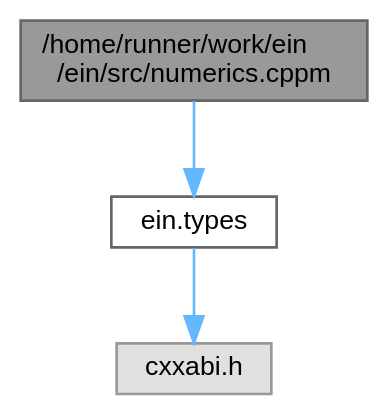
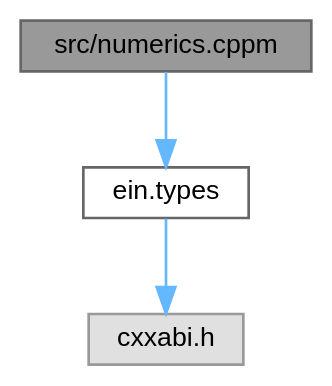
One commit to ekmett/ein changed the diagram in dd/d13/numerics_8cppm__incl.dot. Above: the diagram before and after it, drawn with Graphviz. The commit also changed 79 other files, not shown here.

```diff
--- a/dd/d13/numerics_8cppm__incl.dot
+++ b/dd/d13/numerics_8cppm__incl.dot
@@ -1,12 +1,12 @@
-digraph "/home/runner/work/ein/ein/src/numerics.cppm"
+digraph "src/numerics.cppm"
 {
  // LATEX_PDF_SIZE
   bgcolor="transparent";
   edge [fontname=Helvetica,fontsize=10,labelfontname=Helvetica,labelfontsize=10];
   node [fontname=Helvetica,fontsize=10,shape=box,height=0.2,width=0.4];
-  Node1 [id="Node000001",label="/home/runner/work/ein\l/ein/src/numerics.cppm",height=0.2,width=0.4,color="gray40", fillcolor="grey60", style="filled", fontcolor="black",tooltip=" "];
+  Node1 [id="Node000001",label="src/numerics.cppm",height=0.2,width=0.4,color="gray40", fillcolor="grey60", style="filled", fontcolor="black",tooltip=" "];
   Node1 -> Node2 [id="edge1_Node000001_Node000002",color="steelblue1",style="solid",tooltip=" "];
   Node2 [id="Node000002",label="ein.types",height=0.2,width=0.4,color="grey40", fillcolor="white", style="filled",URL="$d8/dcb/types_8cppm.html",tooltip=" "];
   Node2 -> Node3 [id="edge2_Node000002_Node000003",color="steelblue1",style="solid",tooltip=" "];
   Node3 [id="Node000003",label="cxxabi.h",height=0.2,width=0.4,color="grey60", fillcolor="#E0E0E0", style="filled",tooltip=" "];
 }
```
